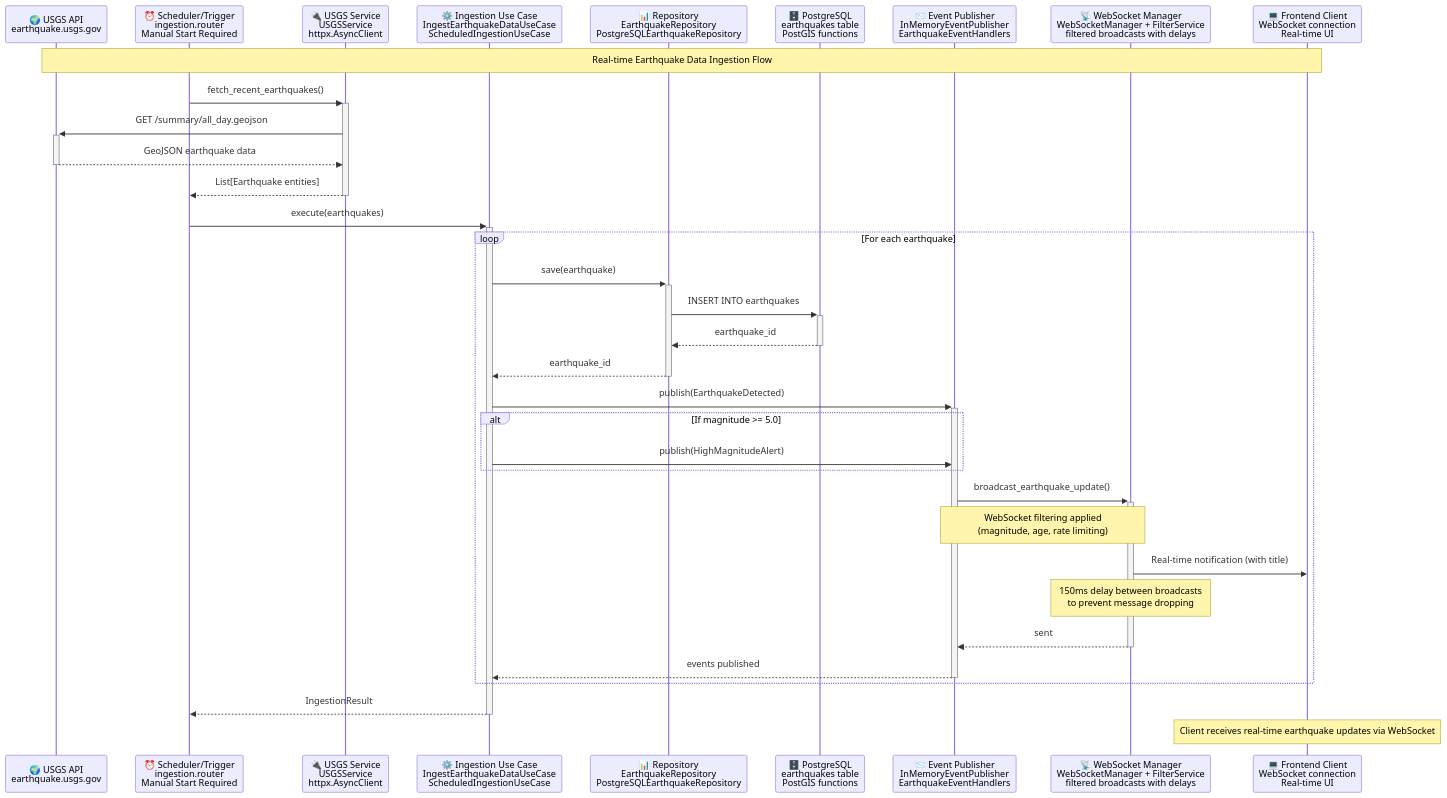
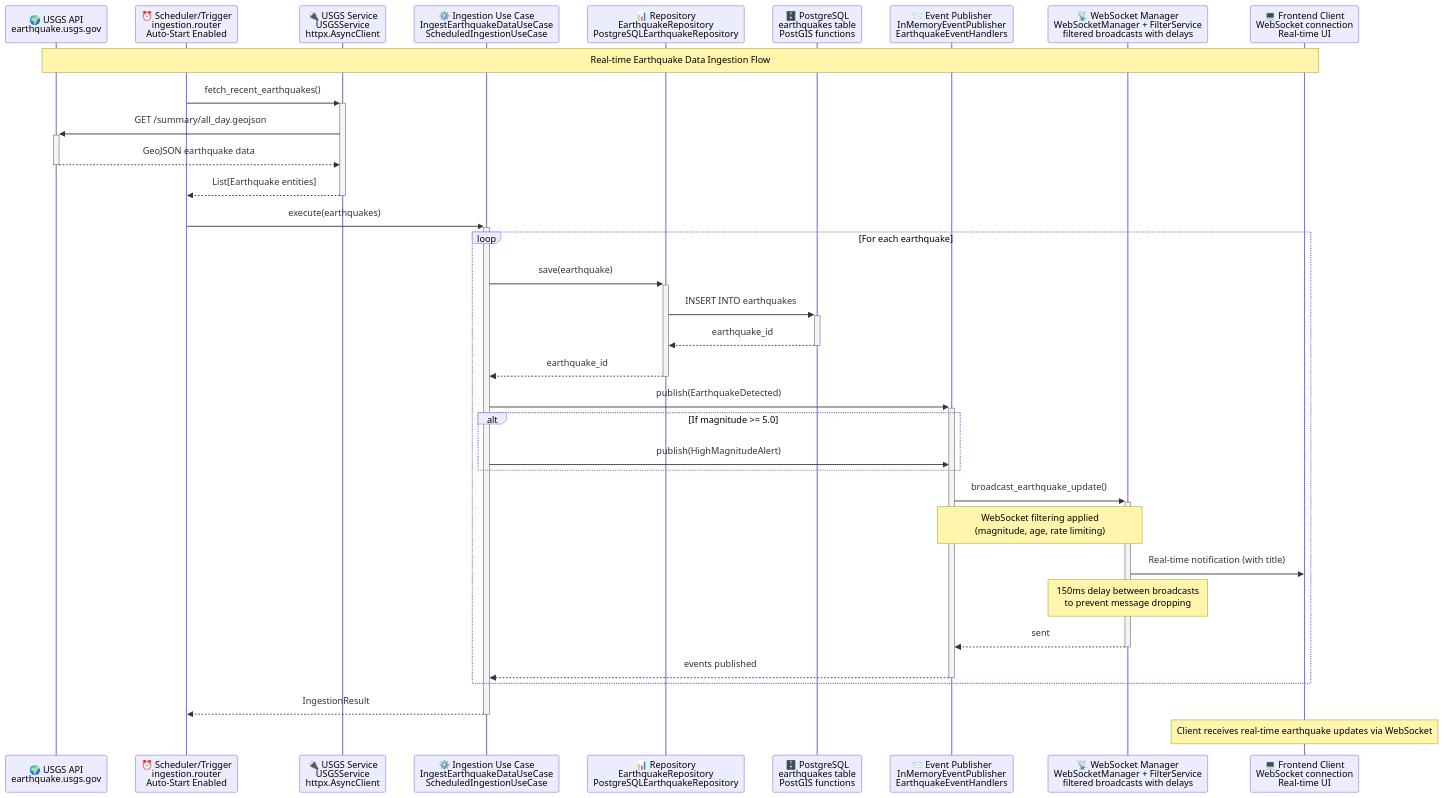
Before and after one commit to L3pereira/ndgms: the second of 5 diagrams in earthquake-monitor/README.md, drawn with Mermaid. The commit also changed other lines of this file and 5 other files, not shown here.

````diff
--- a/earthquake-monitor/README.md
+++ b/earthquake-monitor/README.md
@@ -257,44 +257,44 @@
 ```mermaid
 sequenceDiagram
     participant USGS as 🌍 USGS API<br/>earthquake.usgs.gov
-    participant Scheduler as ⏰ Scheduler/Trigger<br/>ingestion.router<br/>Manual Start Required
+    participant Scheduler as ⏰ Scheduler/Trigger<br/>ingestion.router<br/>Auto-Start Enabled
     participant USGSService as 🔌 USGS Service<br/>USGSService<br/>httpx.AsyncClient
     participant UseCase as ⚙️ Ingestion Use Case<br/>IngestEarthquakeDataUseCase<br/>ScheduledIngestionUseCase
     participant Repository as 📊 Repository<br/>EarthquakeRepository<br/>PostgreSQLEarthquakeRepository
     participant PostgreSQL as 🗄️ PostgreSQL<br/>earthquakes table<br/>PostGIS functions
     participant Events as 📨 Event Publisher<br/>InMemoryEventPublisher<br/>EarthquakeEventHandlers
     participant WebSocket as 📡 WebSocket Manager<br/>WebSocketManager + FilterService<br/>filtered broadcasts with delays
     participant Client as 💻 Frontend Client<br/>WebSocket connection<br/>Real-time UI
 
     Note over USGS,Client: Real-time Earthquake Data Ingestion Flow
 
     %% Data Ingestion
     Scheduler->>+USGSService: fetch_recent_earthquakes()
     USGSService->>+USGS: GET /summary/all_day.geojson
     USGS-->>-USGSService: GeoJSON earthquake data
     USGSService-->>-Scheduler: List[Earthquake entities]
 
     Scheduler->>+UseCase: execute(earthquakes)
     loop For each earthquake
         UseCase->>+Repository: save(earthquake)
         Repository->>+PostgreSQL: INSERT INTO earthquakes
         PostgreSQL-->>-Repository: earthquake_id
         Repository-->>-UseCase: earthquake_id
 
         %% Domain Events
         UseCase->>+Events: publish(EarthquakeDetected)
         alt If magnitude >= 5.0
             UseCase->>Events: publish(HighMagnitudeAlert)
         end
 
         Events->>+WebSocket: broadcast_earthquake_update()
         Note over Events,WebSocket: WebSocket filtering applied<br/>(magnitude, age, rate limiting)
         WebSocket->>Client: Real-time notification (with title)
         Note over WebSocket: 150ms delay between broadcasts<br/>to prevent message dropping
         WebSocket-->>-Events: sent
         Events-->>-UseCase: events published
     end
     UseCase-->>-Scheduler: IngestionResult
 
     Note over Client: Client receives real-time earthquake updates via WebSocket
 ```
````
